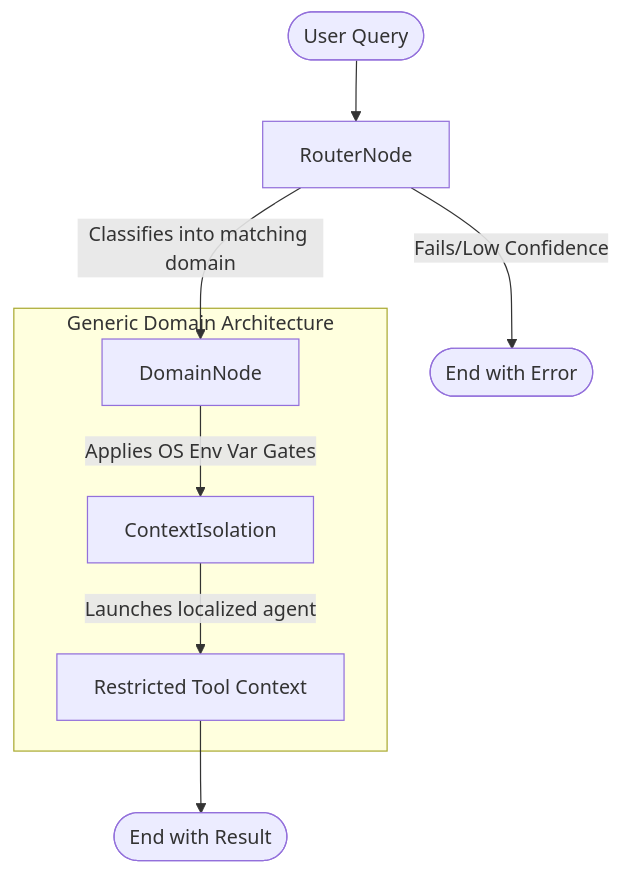
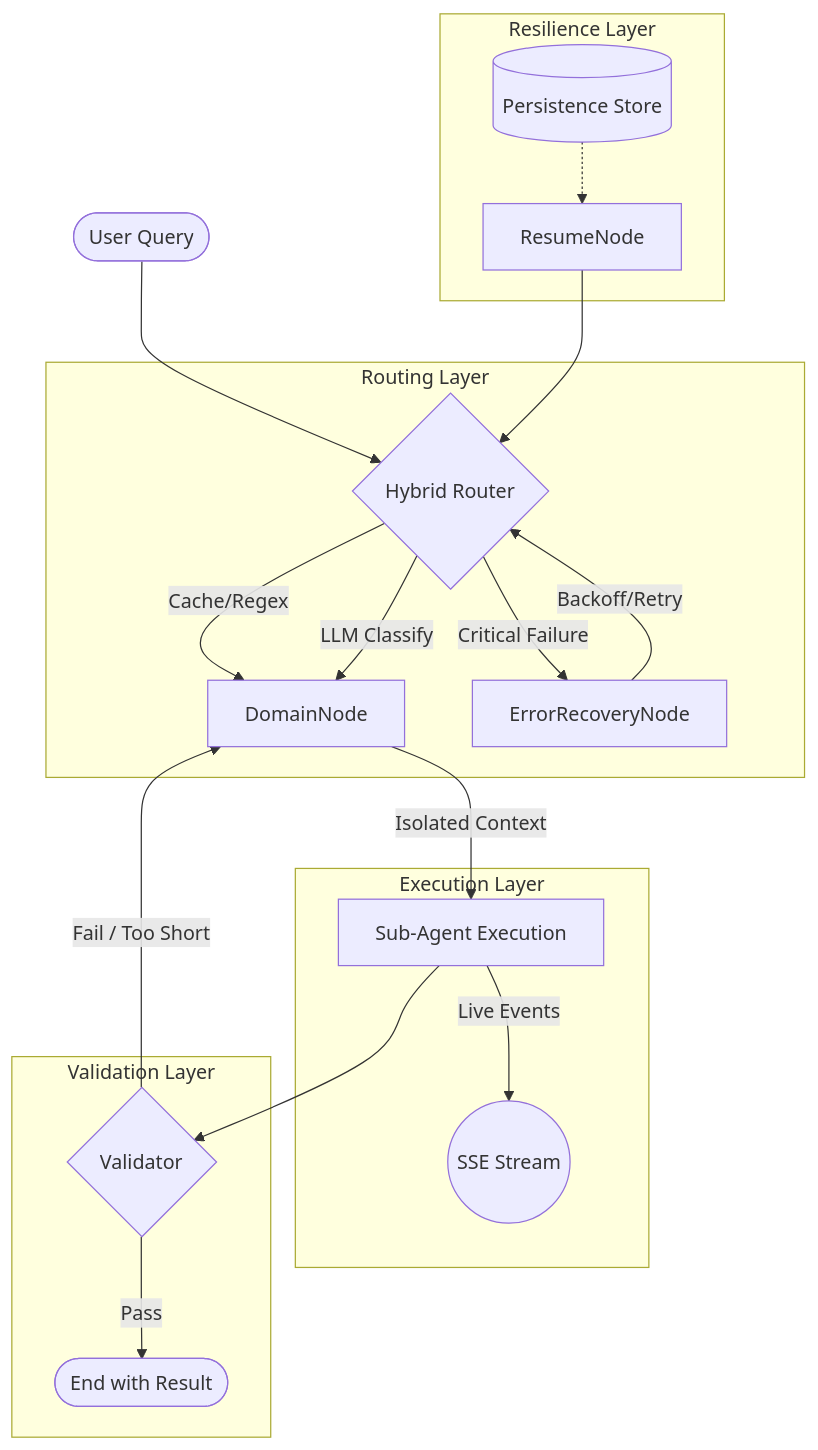
The second of 2 diagrams in README.md (Knuckles-Team/agent-utilities), drawn with Mermaid before and after one commit. The commit also changed other lines of this file and 36 other files, not shown here.

````diff
--- a/README.md
+++ b/README.md
@@ -46,12 +76,27 @@
 ```mermaid
 graph TD
-  User([User Query]) --> RouterNode
-  RouterNode -- "Classifies into matching domain" --> DomainNode
-  RouterNode -- "Fails/Low Confidence" --> EndNode([End with Error])
+  User([User Query]) --> HybridRouter{Hybrid Router}
 
-  subgraph Generic Domain Architecture
-      DomainNode -- "Applies OS Env Var Gates" --> ContextIsolation
-      ContextIsolation -- "Launches localized agent" --> DomainTools[Restricted Tool Context]
+  subgraph Routing Layer
+    HybridRouter -- "Cache/Regex" --> DomainNode
+    HybridRouter -- "LLM Classify" --> DomainNode
+    HybridRouter -- "Critical Failure" --> Recover[ErrorRecoveryNode]
   end
-  DomainTools --> EndNode2([End with Result])
+
+  subgraph Execution Layer
+    DomainNode -- "Isolated Context" --> SubAgent[Sub-Agent Execution]
+    SubAgent -- "Live Events" --> SSE((SSE Stream))
+  end
+
+  subgraph Validation Layer
+    SubAgent --> Validator{Validator}
+    Validator -- "Pass" --> EndNode([End with Result])
+    Validator -- "Fail / Too Short" --> DomainNode
+  end
+
+  subgraph Resilience Layer
+    Recover -- "Backoff/Retry" --> HybridRouter
+    Checkpoint[(Persistence Store)] -.-> Resume[ResumeNode]
+    Resume --> HybridRouter
+  end
 ```
````
